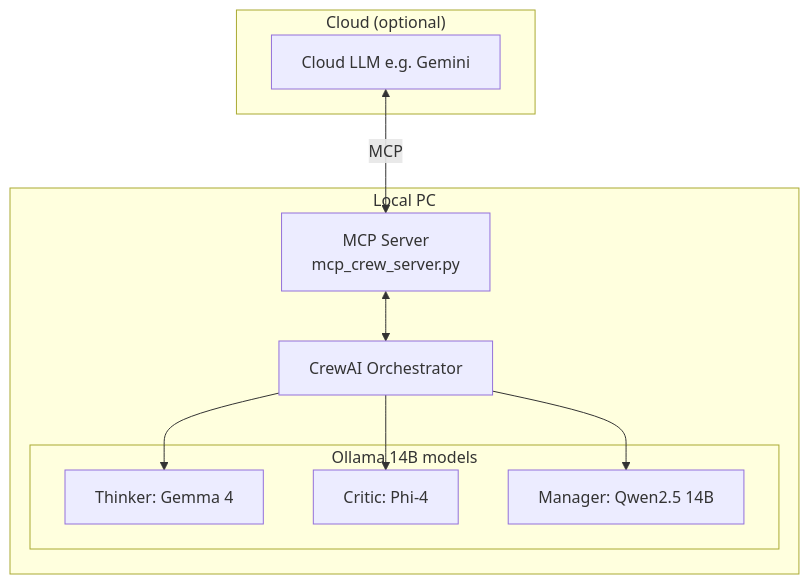
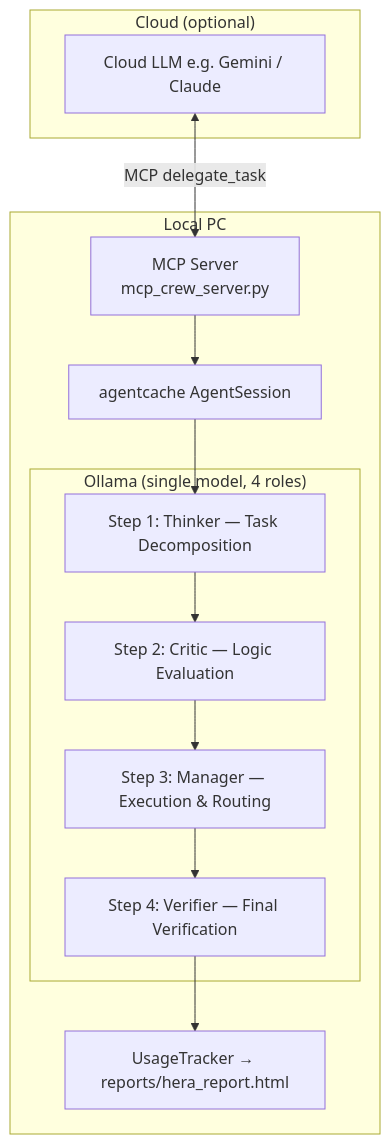
Before and after one commit to ryohryp/hera-crew: the diagram in README.md, drawn with Mermaid. The commit also changed other lines of this file and 2 other files, not shown here.

Commit message:
refactor: migrate to agentcache, implement 4-stage pipeline, and add usage tracking with HTML reporting

````diff
--- a/README.md
+++ b/README.md
@@ -47,23 +50,25 @@
 ```mermaid
 graph TD
     subgraph "Cloud (optional)"
-        A[Cloud LLM e.g. Gemini]
+        A[Cloud LLM e.g. Gemini / Claude]
     end
 
     subgraph "Local PC"
         B[MCP Server<br/>mcp_crew_server.py]
-        C[CrewAI Orchestrator]
+        C[agentcache AgentSession]
 
-        subgraph "Ollama 14B models"
-            D[Thinker: Gemma 4]
-            E[Critic: Phi-4]
-            F[Manager: Qwen2.5 14B]
+        subgraph "Ollama (single model, 4 roles)"
+            D[Step 1: Thinker — Task Decomposition]
+            E[Step 2: Critic — Logic Evaluation]
+            F[Step 3: Manager — Execution & Routing]
+            G[Step 4: Verifier — Final Verification]
         end
+
+        H[UsageTracker → reports/hera_report.html]
     end
 
-    A <-->|MCP| B
-    B <--> C
-    C --> D
-    C --> E
-    C --> F
+    A <-->|MCP delegate_task| B
+    B --> C
+    C --> D --> E --> F --> G
+    G --> H
 ```
````
